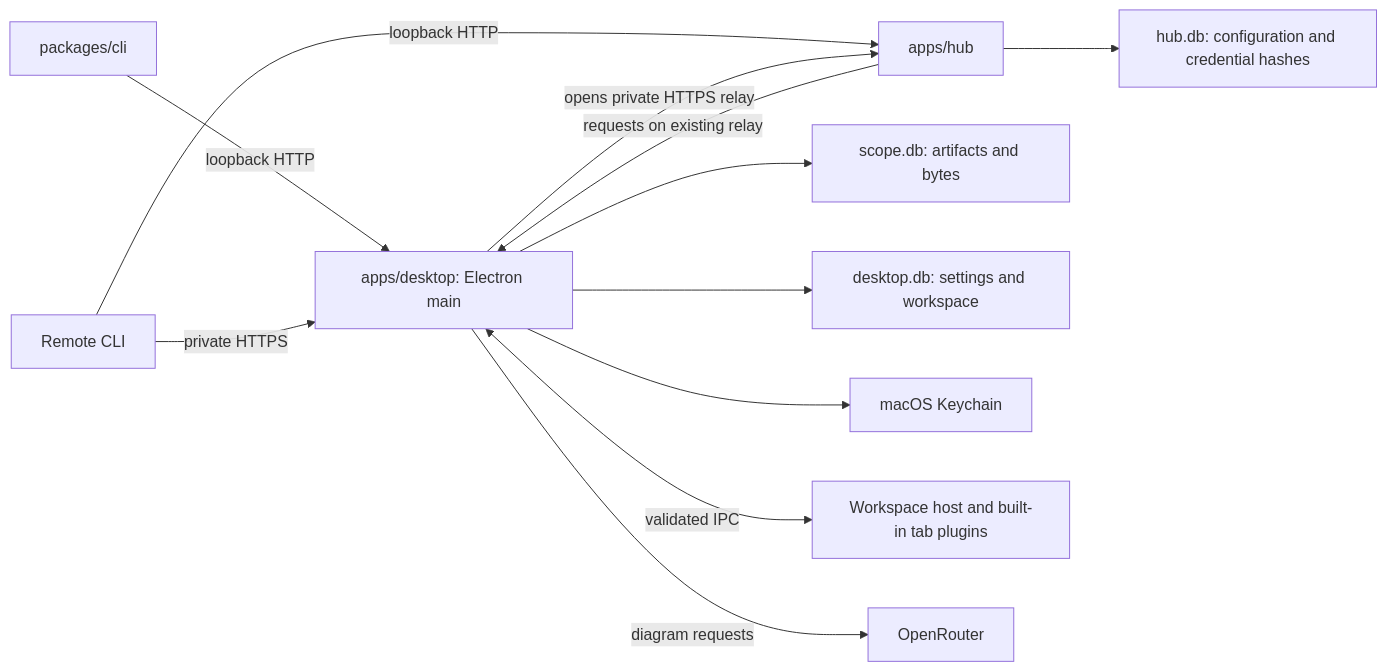
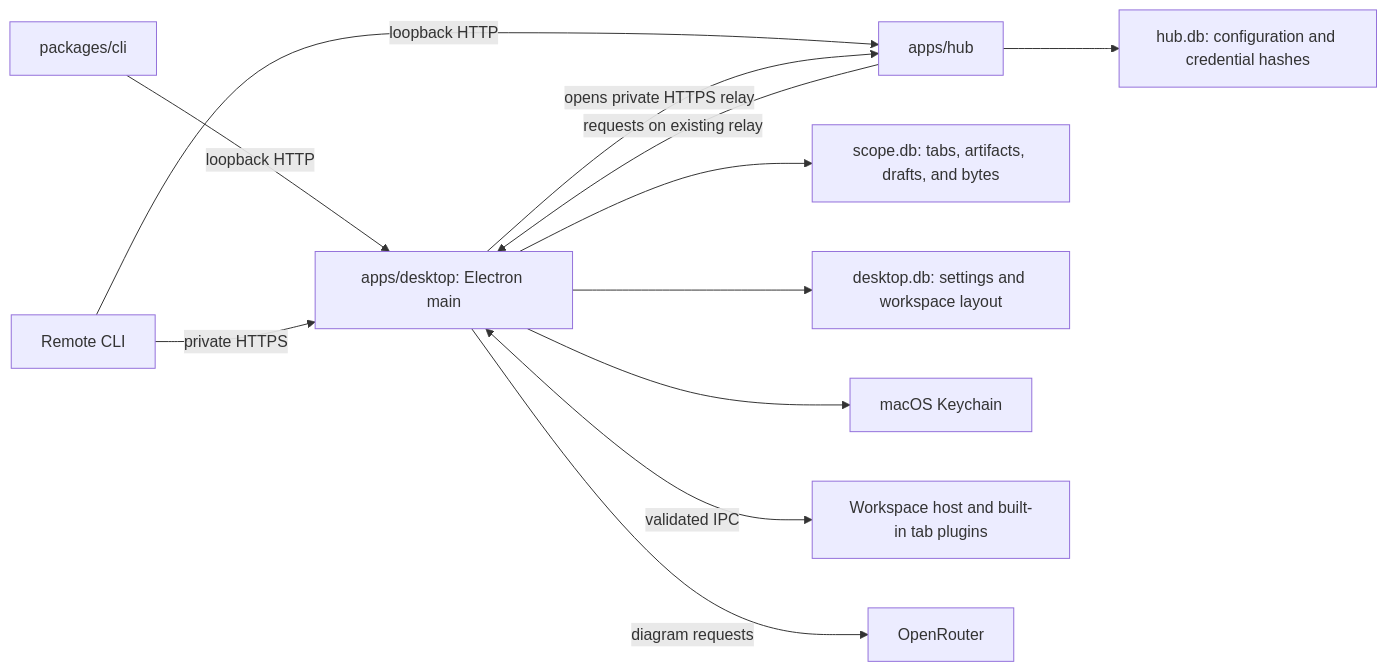
One commit to alundgren/irudd-scope changed the diagram in docs/architecture.md. Above: the diagram before and after it, drawn with Mermaid. The commit also changed other lines of this file and 59 other files, not shown here.

````diff
--- a/docs/architecture.md
+++ b/docs/architecture.md
@@ -7,14 +7,14 @@
 ```mermaid
 flowchart LR
     CLI[packages/cli] -->|loopback HTTP| Desktop[apps/desktop: Electron main]
     Remote[Remote CLI] -->|private HTTPS| Desktop
     Remote -->|loopback HTTP| Hub[apps/hub]
     Desktop -->|opens private HTTPS relay| Hub
     Hub -->|requests on existing relay| Desktop
     Hub --> HubSettings[hub.db: configuration and credential hashes]
-    Desktop --> Artifacts[scope.db: artifacts and bytes]
-    Desktop --> Preferences[desktop.db: settings and workspace]
+    Desktop --> Artifacts[scope.db: tabs, artifacts, drafts, and bytes]
+    Desktop --> Preferences[desktop.db: settings and workspace layout]
     Desktop --> Keychain[macOS Keychain]
     Desktop <-->|validated IPC| UI[Workspace host and built-in tab plugins]
     Desktop -->|diagram requests| Provider[OpenRouter]
 ```
````
